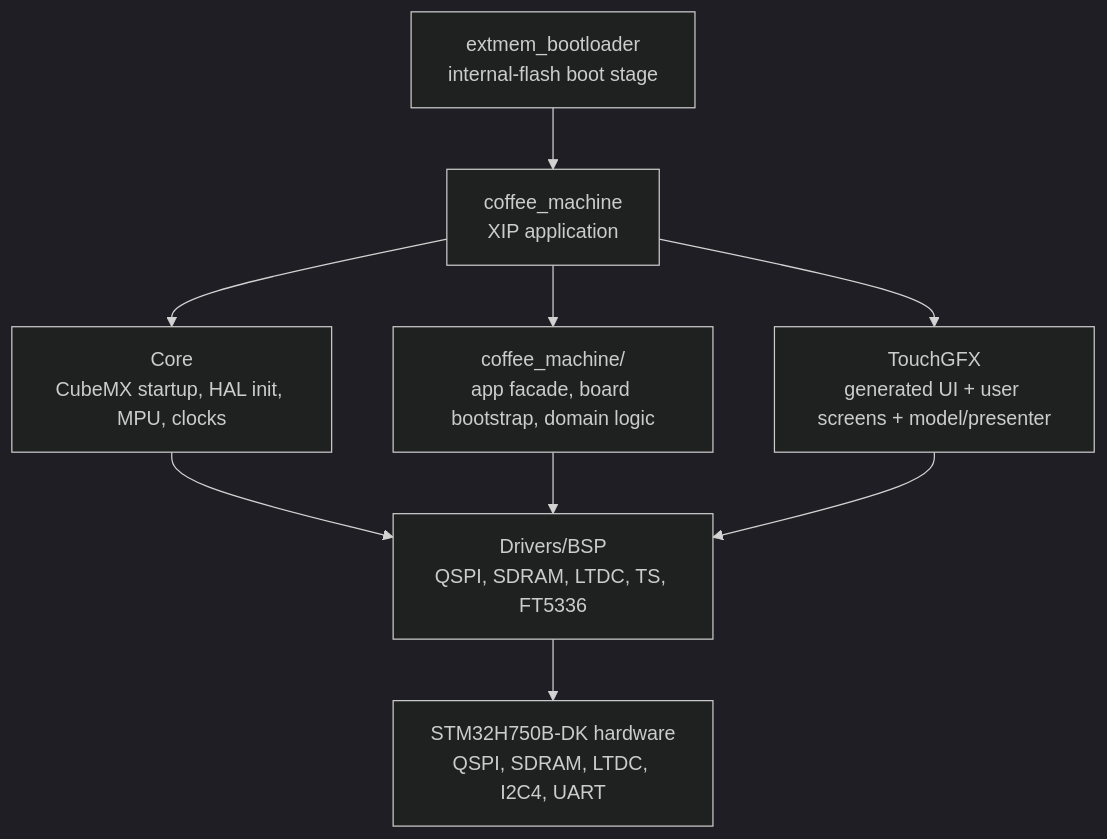
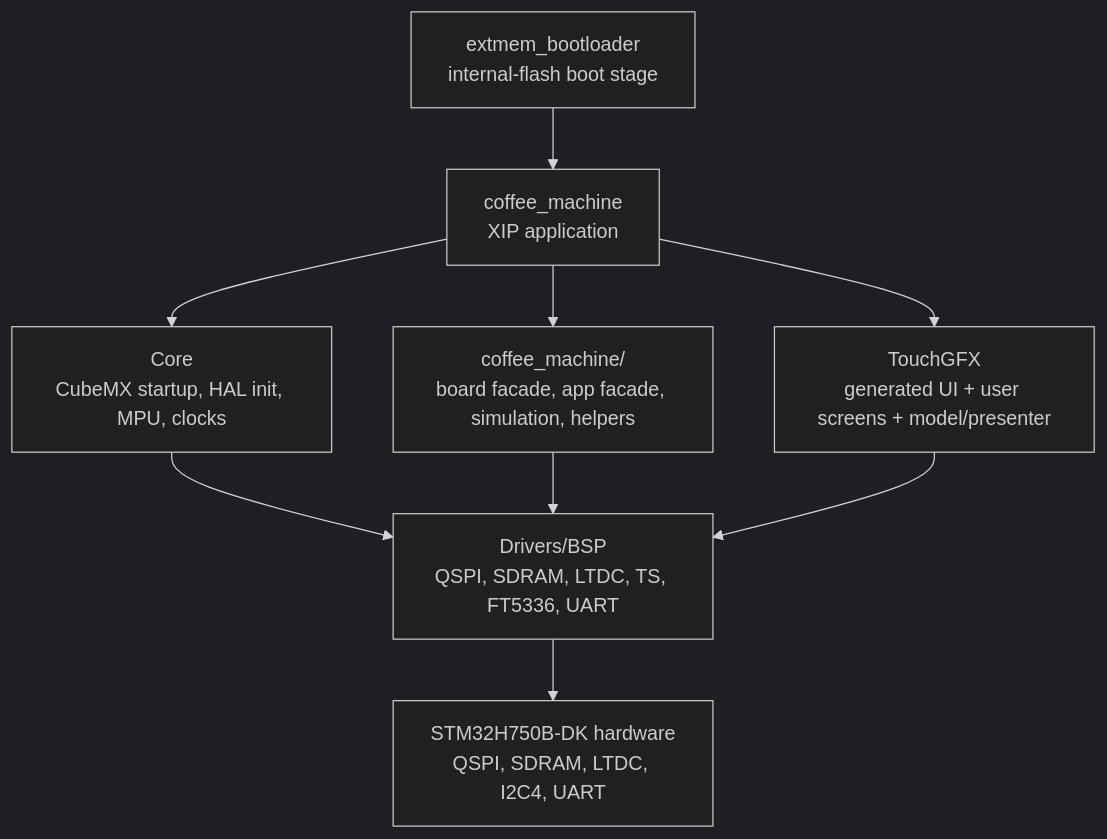
One commit to embmike/coffe_machine changed the first of 6 diagrams in docs/01-architecture/README.md. Above: the diagram before and after it, drawn with Mermaid (dark theme). The commit also changed other lines of this file and 1 other file, not shown here.

Commit message:
Added documentation for the coffee machine simulation.

````diff
--- a/docs/01-architecture/README.md
+++ b/docs/01-architecture/README.md
@@ -24,11 +34,11 @@
 ```mermaid
 flowchart TD
-    A["extmem_bootloader<br/>internal-flash boot stage"] --> B["coffee_machine<br/>XIP application"]
-    B --> C["Core<br/>CubeMX startup, HAL init, MPU, clocks"]
-    B --> D["coffee_machine/<br/>app facade, board bootstrap, domain logic"]
-    B --> E["TouchGFX<br/>generated UI + user screens + model/presenter"]
-    C --> F["Drivers/BSP<br/>QSPI, SDRAM, LTDC, TS, FT5336"]
-    D --> F
-    E --> F
-    F --> G["STM32H750B-DK hardware<br/>QSPI, SDRAM, LTDC, I2C4, UART"]
+    BL["extmem_bootloader<br/>internal-flash boot stage"] --> APP["coffee_machine<br/>XIP application"]
+    APP --> CORE["Core<br/>CubeMX startup, HAL init, MPU, clocks"]
+    APP --> APPSUP["coffee_machine/<br/>board facade, app facade, simulation, helpers"]
+    APP --> UI["TouchGFX<br/>generated UI + user screens + model/presenter"]
+    CORE --> DRV["Drivers/BSP<br/>QSPI, SDRAM, LTDC, TS, FT5336, UART"]
+    APPSUP --> DRV
+    UI --> DRV
+    DRV --> HW["STM32H750B-DK hardware<br/>QSPI, SDRAM, LTDC, I2C4, UART"]
 ```
````
